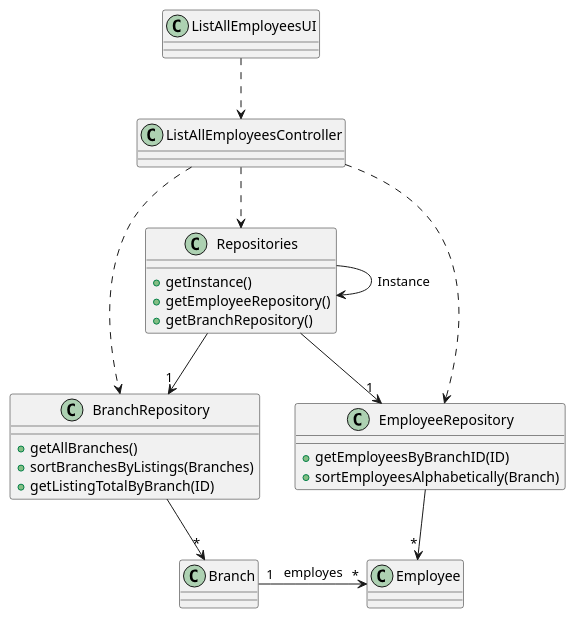
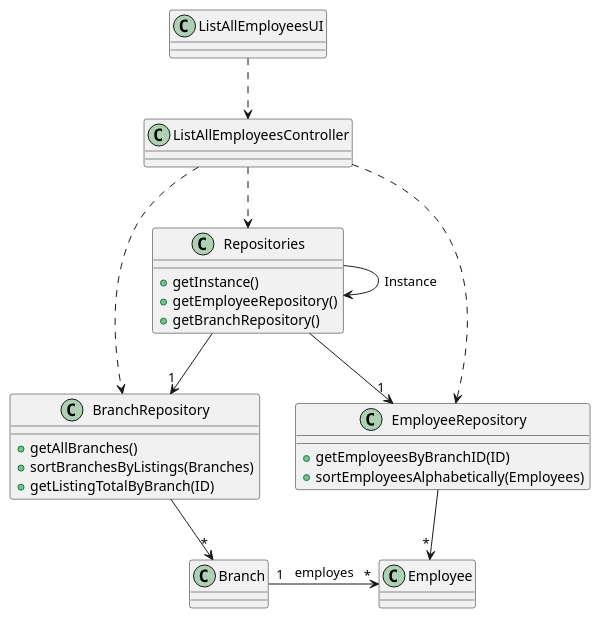
One commit to tiagohcorreia/LAPR2 changed the diagram in docs/sprintD/US013/03.design/puml/US013_CD.puml. Above: the diagram before and after it, drawn with PlantUML. The commit also changed 2 other files, not shown here.

```diff
--- a/docs/sprintD/US013/03.design/puml/US013_CD.puml
+++ b/docs/sprintD/US013/03.design/puml/US013_CD.puml
@@ -1,68 +1,68 @@
 @startuml
 
 class Branch {
 
    
 }
 
 class Employee {
 
 
 }
 
 class ListAllEmployeesUI {
 
     
 
 }
 
 class ListAllEmployeesController {
 
   
 }
 
 class BranchRepository {
 
     +getAllBranches()
     +sortBranchesByListings(Branches)
     +getListingTotalByBranch(ID)
     
 }
 
 class EmployeeRepository {
 
     +getEmployeesByBranchID(ID)
-    +sortEmployeesAlphabetically(Branch)
+    +sortEmployeesAlphabetically(Employees)
 
 }
 
 
 class Repositories {
 
     +getInstance()
     +getEmployeeRepository()
     +getBranchRepository()
 
 }
 
 
 ListAllEmployeesUI -[dashed]-> ListAllEmployeesController
 ListAllEmployeesController-[dashed]-> Repositories
 ListAllEmployeesController-[dashed]-> BranchRepository
 ListAllEmployeesController-[dashed]-> EmployeeRepository
 
 
 Repositories -> Repositories : Instance
 Repositories --> "1" EmployeeRepository
 Repositories --> "1" BranchRepository
 
 
 
 
 BranchRepository -down-> "*" Branch
 EmployeeRepository -down-> "*" Employee
 
 Branch "1" -right-> "*" Employee : employes
 
 
 @enduml
```
